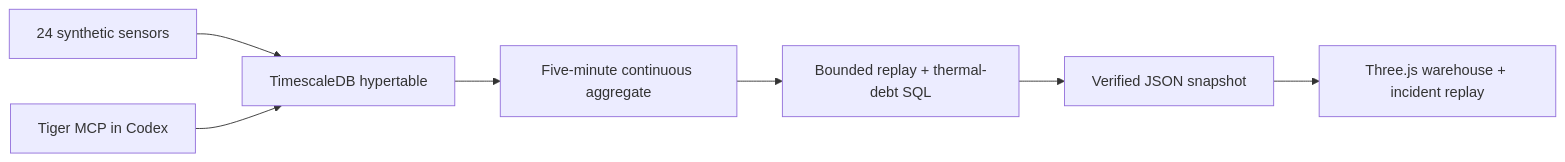
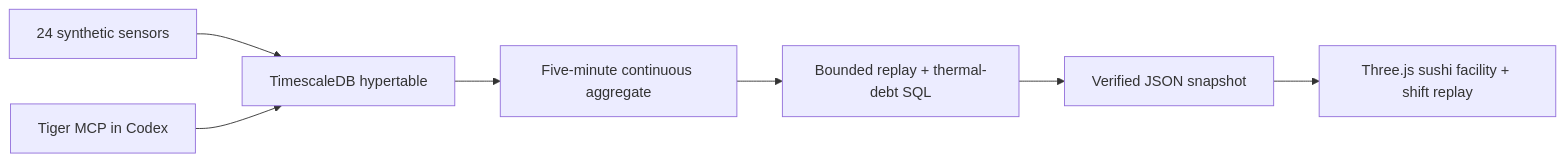
The diagram in README.md (SeloSlav/tiger-cloud-project), drawn with Mermaid before and after one commit. The commit also changed other lines of this file and 11 other files, not shown here.

Commit message:
Transform Frostline into the Nori Works sushi production facility

````diff
--- a/README.md
+++ b/README.md
@@ -44,9 +53,9 @@
 ```mermaid
 flowchart LR
     S[24 synthetic sensors] --> H[TimescaleDB hypertable]
     H --> A[Five-minute continuous aggregate]
     A --> Q[Bounded replay + thermal-debt SQL]
     Q --> J[Verified JSON snapshot]
-    J --> V[Three.js warehouse + incident replay]
+    J --> V[Three.js sushi facility + shift replay]
     M[Tiger MCP in Codex] --> H
 ```
````
